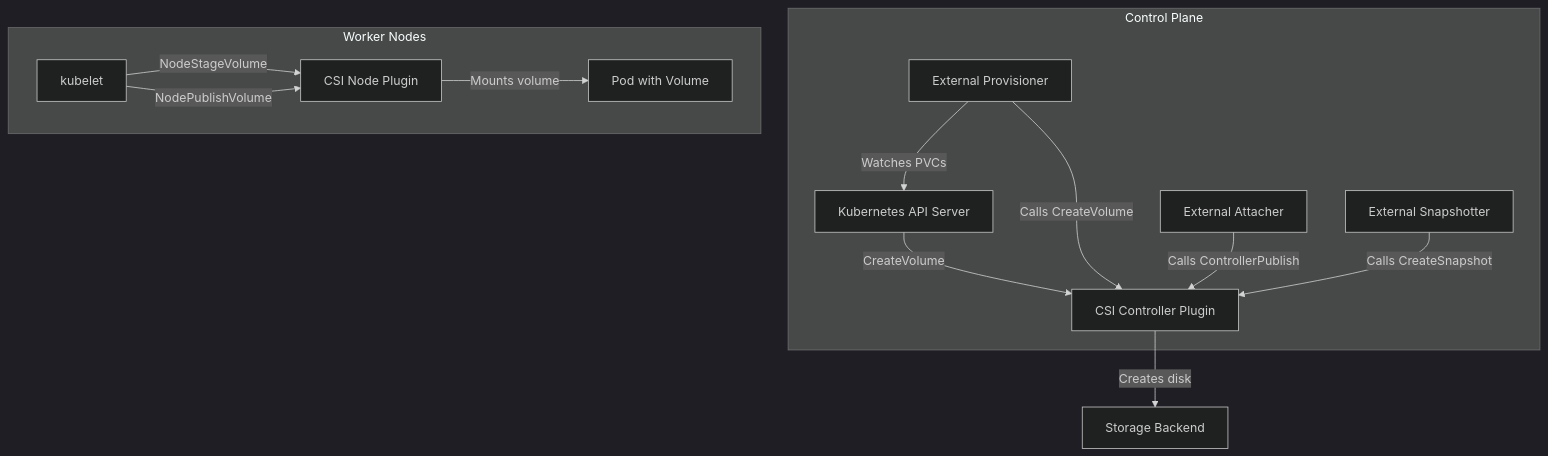
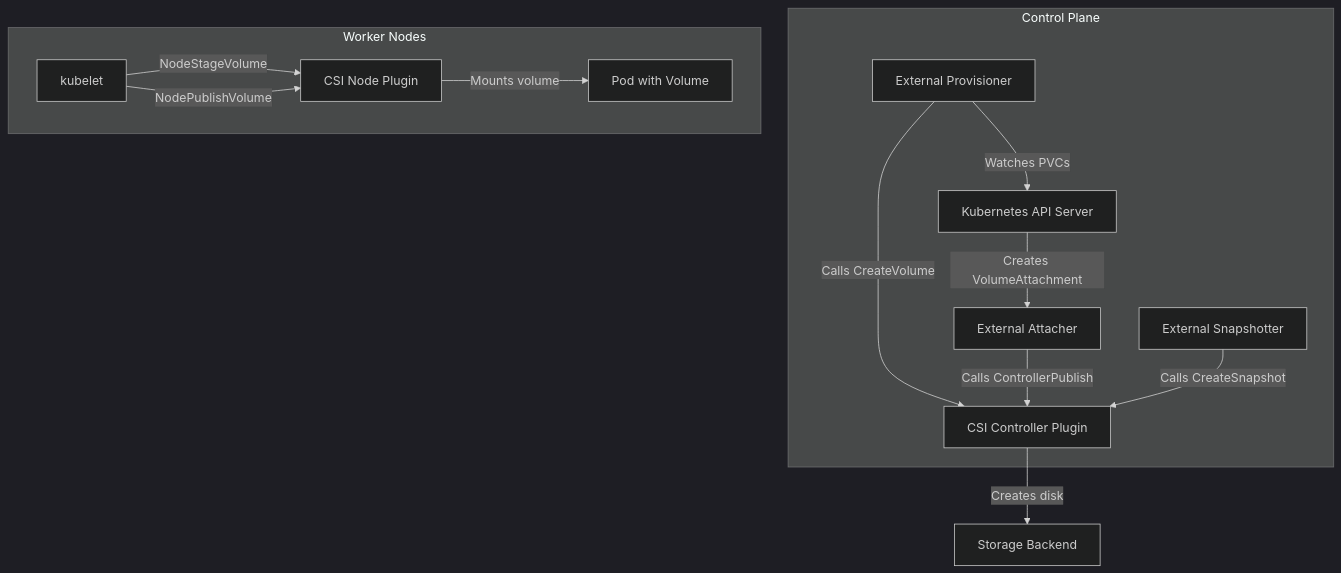
Before and after one commit to OneUptime/blog: the first of 2 diagrams in posts/2026-02-20-kubernetes-csi-drivers-guide/README.md, drawn with Mermaid (dark theme). The commit also changed other lines of this file and 2 other files, not shown here.

````diff
--- a/posts/2026-02-20-kubernetes-csi-drivers-guide/README.md
+++ b/posts/2026-02-20-kubernetes-csi-drivers-guide/README.md
@@ -17,26 +17,26 @@
 ```mermaid
 flowchart TD
     subgraph Control Plane
         A[Kubernetes API Server]
         B[CSI Controller Plugin]
         C[External Provisioner]
         D[External Attacher]
         E[External Snapshotter]
     end
 
     subgraph Worker Nodes
         F[CSI Node Plugin]
         G[kubelet]
         H[Pod with Volume]
     end
 
-    A -->|CreateVolume| B
     C -->|Watches PVCs| A
     C -->|Calls CreateVolume| B
+    A -->|Creates VolumeAttachment| D
     D -->|Calls ControllerPublish| B
     E -->|Calls CreateSnapshot| B
     B -->|Creates disk| I[Storage Backend]
     G -->|NodeStageVolume| F
     G -->|NodePublishVolume| F
     F -->|Mounts volume| H
 ```
````
